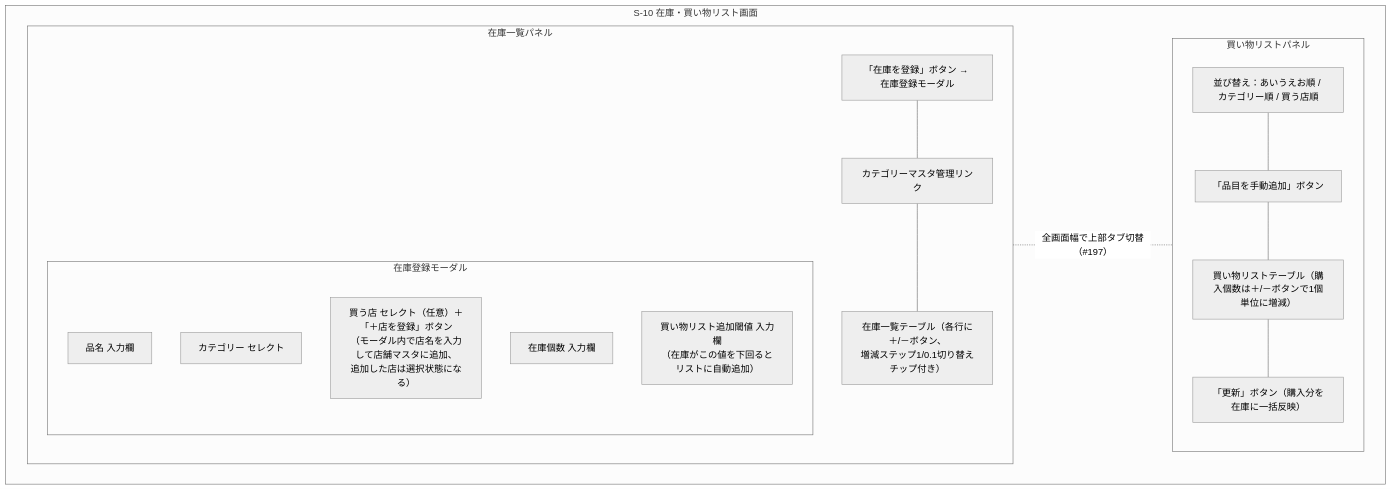
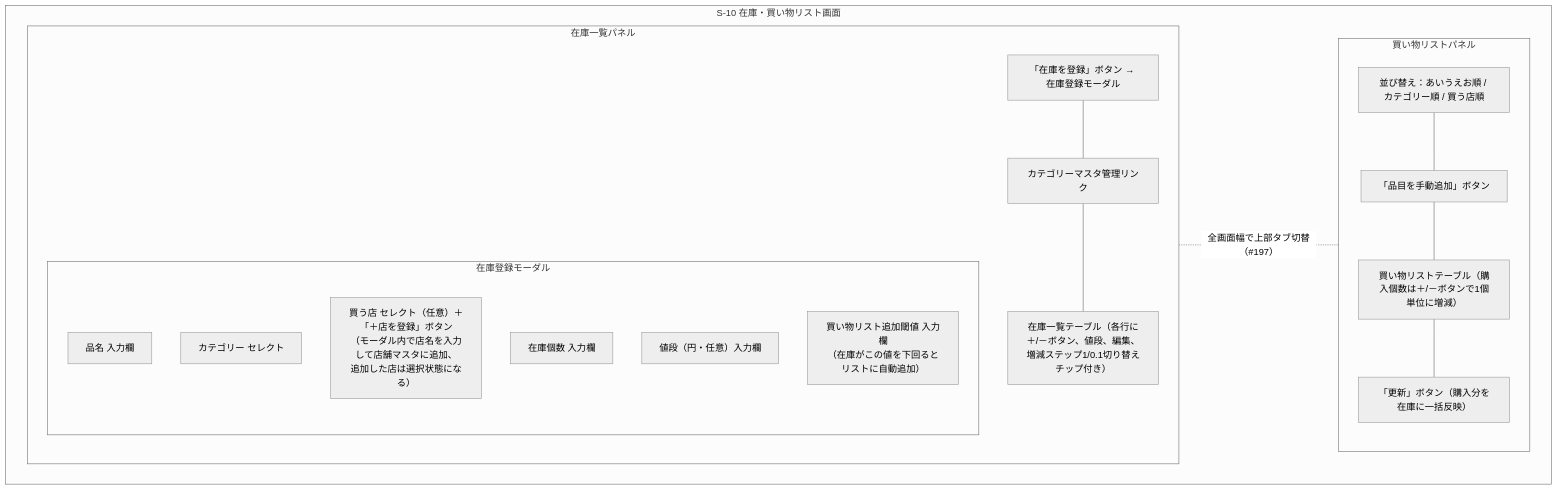
Before and after one commit to yamamotonaoki3/HomeLog: the tenth of 19 diagrams in docs/details/wireframes.md, drawn with Mermaid (neutral theme). The commit also changed other lines of this file and 12 other files, not shown here.

````diff
--- a/docs/details/wireframes.md
+++ b/docs/details/wireframes.md
@@ -521,30 +521,31 @@
 ```mermaid
 flowchart TD
     subgraph Screen["S-10 在庫・買い物リスト画面"]
         direction LR
         subgraph InventoryPanel["在庫一覧パネル"]
             direction TB
             AddBtn["「在庫を登録」ボタン → 在庫登録モーダル"]
             subgraph InvModal["在庫登録モーダル"]
                 direction TB
                 InvName["品名 入力欄"]
                 InvCategory["カテゴリー セレクト"]
                 InvStore["買う店 セレクト（任意）＋「＋店を登録」ボタン\n（モーダル内で店名を入力して店舗マスタに追加、\n追加した店は選択状態になる）"]
                 InvQty["在庫個数 入力欄"]
+                InvPrice["値段（円・任意）入力欄"]
                 InvThreshold["買い物リスト追加閾値 入力欄\n（在庫がこの値を下回るとリストに自動追加）"]
             end
             MasterLink["カテゴリーマスタ管理リンク"]
-            InvList["在庫一覧テーブル（各行に＋/－ボタン、\n増減ステップ1/0.1切り替えチップ付き）"]
+            InvList["在庫一覧テーブル（各行に＋/－ボタン、値段、編集、\n増減ステップ1/0.1切り替えチップ付き）"]
         end
         subgraph ShoppingPanel["買い物リストパネル"]
             direction TB
             Sort["並び替え：あいうえお順 / カテゴリー順 / 買う店順"]
             ShopAddBtn["「品目を手動追加」ボタン"]
             ShopList["買い物リストテーブル（購入個数は＋/－ボタンで1個単位に増減）"]
             UpdateBtn["「更新」ボタン（購入分を在庫に一括反映）"]
         end
     end
     AddBtn --- MasterLink --- InvList
     Sort --- ShopAddBtn --- ShopList --- UpdateBtn
     InvList -. "全画面幅で上部タブ切替（#197）" .- ShopList
 ```
````
